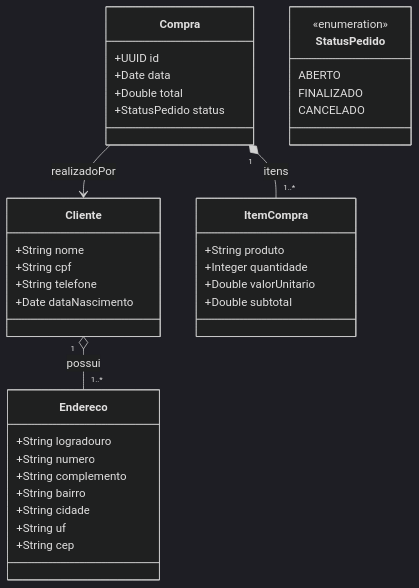
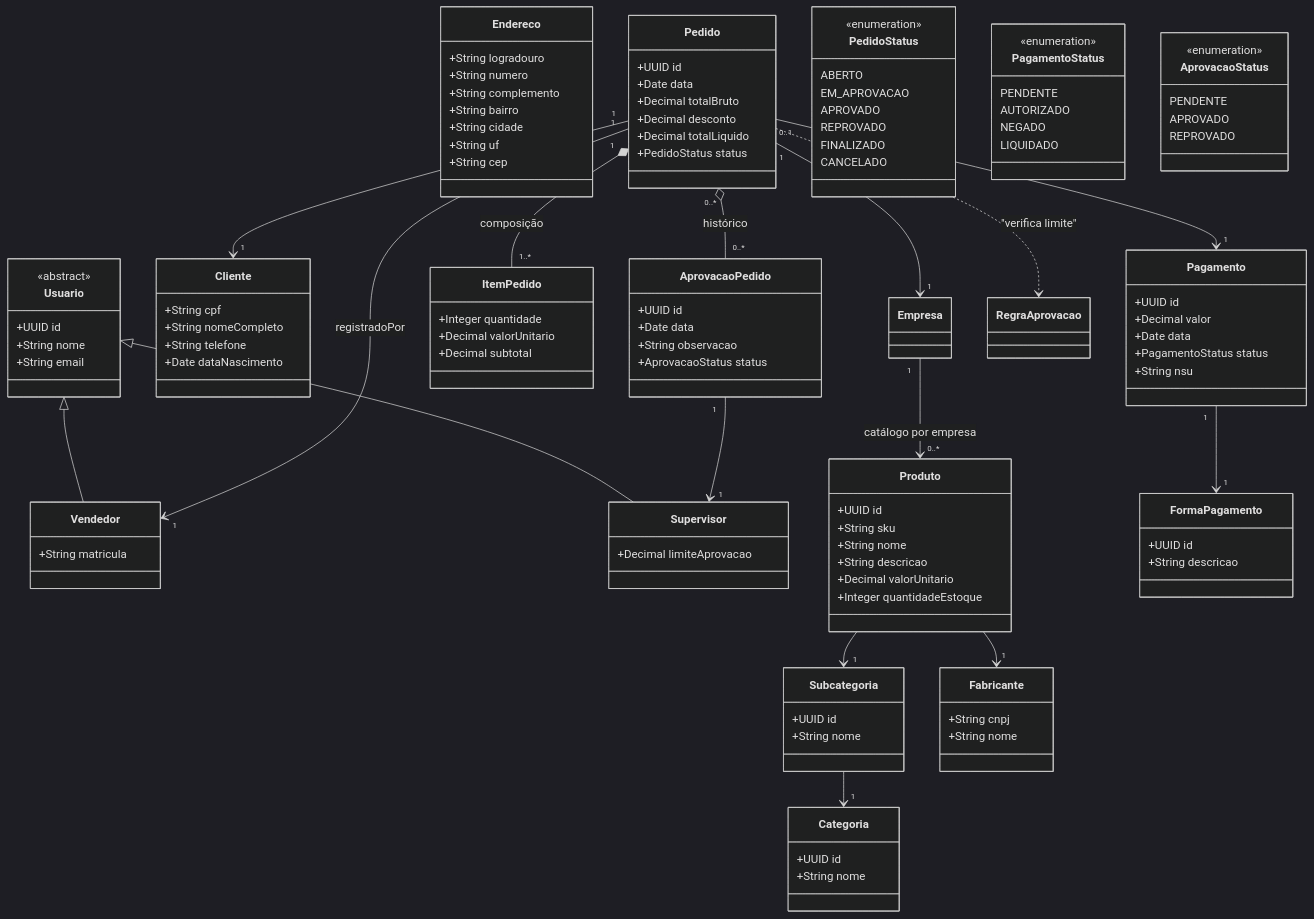
One commit to arthurtvres/exercicio_pdv changed the diagram in src/main/java/org/estruturadados/diagrama.mmd. Above: the diagram before and after it, drawn with Mermaid (dark theme).

```diff
--- a/src/main/java/org/estruturadados/diagrama.mmd
+++ b/src/main/java/org/estruturadados/diagrama.mmd
@@ -1,45 +1,137 @@
 classDiagram
-%% ================== Modelos principais ==================
+%% ================== Núcleo de Pessoas/Usuários ==================
+class Usuario {
+  <<abstract>>
+  +UUID id
+  +String nome
+  +String email
+}
+
+class Vendedor {
+  +String matricula
+}
+Usuario <|-- Vendedor
+
+class Supervisor {
+  +Decimal limiteAprovacao
+}
+Usuario <|-- Supervisor
+
 class Cliente {
-  +String nome
   +String cpf
+  +String nomeCompleto
   +String telefone
   +Date dataNascimento
 }
 
 class Endereco {
   +String logradouro
   +String numero
   +String complemento
   +String bairro
   +String cidade
   +String uf
   +String cep
 }
 
-Cliente "1" o-- "1..*" Endereco : possui
+%% ================== Catálogo de Produtos ==================
+class Categoria {
+  +UUID id
+  +String nome
+}
+class Subcategoria {
+  +UUID id
+  +String nome
+}
+class Fabricante {
+  +String cnpj
+  +String nome
+}
+class Produto {
+  +UUID id
+  +String sku
+  +String nome
+  +String descricao
+  +Decimal valorUnitario
+  +Integer quantidadeEstoque
+}
 
-class Compra {
+Subcategoria --> "1" Categoria
+Produto --> "1" Subcategoria
+Produto --> "1" Fabricante
+Empresa "1" --> "0..*" Produto : catálogo por empresa
+
+%% ================== Vendas / Pedidos ==================
+class Pedido {
   +UUID id
   +Date data
-  +Double total
-  +StatusPedido status
+  +Decimal totalBruto
+  +Decimal desconto
+  +Decimal totalLiquido
+  +PedidoStatus status
 }
 
-class ItemCompra {
-  +String produto
+class ItemPedido {
   +Integer quantidade
-  +Double valorUnitario
-  +Double subtotal
+  +Decimal valorUnitario
+  +Decimal subtotal
 }
 
-Compra "1" *-- "1..*" ItemCompra : itens
-Compra --> Cliente : realizadoPor
+Pedido "1" *-- "1..*" ItemPedido : composição
+Pedido "1" --> "1" Cliente
+Pedido "1" --> "1" Vendedor : registradoPor
+Pedido "1" --> "1" Empresa
 
-%% ================== Enum ==================
-class StatusPedido {
+%% ================== Pagamentos ==================
+class FormaPagamento {
+  +UUID id
+  +String descricao
+}
+class Pagamento {
+  +UUID id
+  +Decimal valor
+  +Date data
+  +PagamentoStatus status
+  +String nsu
+}
+
+Pedido "0..1" --> "1" Pagamento
+Pagamento "1" --> "1" FormaPagamento
+
+%% ================== Aprovação ==================
+class AprovacaoPedido {
+  +UUID id
+  +Date data
+  +String observacao
+  +AprovacaoStatus status
+}
+
+Pedido "0..*" o-- "0..*" AprovacaoPedido : histórico
+AprovacaoPedido "1" --> "1" Supervisor
+Pedido ..> RegraAprovacao : "verifica limite"
+
+%% ================== Enums ==================
+class PedidoStatus {
   <<enumeration>>
   ABERTO
+  EM_APROVACAO
+  APROVADO
+  REPROVADO
   FINALIZADO
   CANCELADO
 }
+
+class PagamentoStatus {
+  <<enumeration>>
+  PENDENTE
+  AUTORIZADO
+  NEGADO
+  LIQUIDADO
+}
+
+class AprovacaoStatus {
+  <<enumeration>>
+  PENDENTE
+  APROVADO
+  REPROVADO
+}
```
